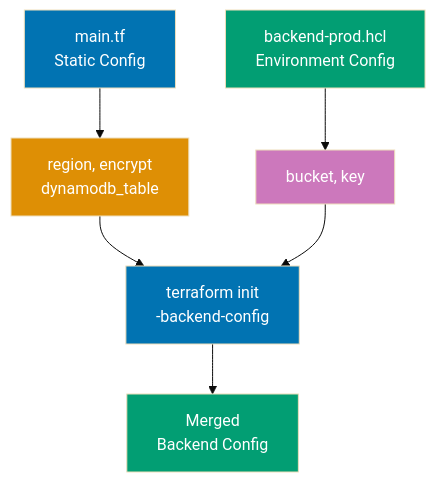
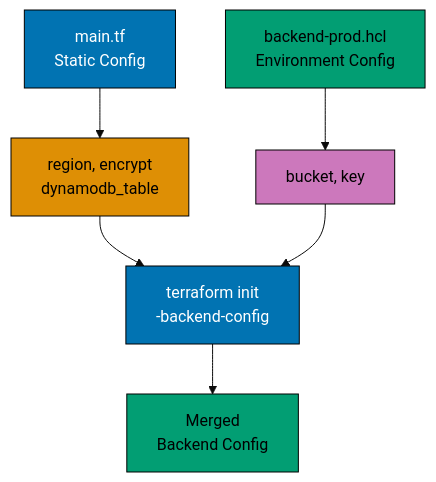
One commit to wahidyankf/ose-public changed the fifth of 11 diagrams in apps/ayokoding-www/content/en/learn/legacy/software-engineering/infrastructure/tools/terraform/by-example/intermediate.md. Above: the diagram before and after it, drawn with Mermaid (base theme). The commit also changed other lines of this file and 131 other files, not shown here.

First line of the commit message:
fix(mermaid): bring the legacy data, infrastructure, and testing diagrams onto the accessible palette

````diff
--- a/apps/ayokoding-www/content/en/learn/legacy/software-engineering/infrastructure/tools/terraform/by-example/intermediate.md
+++ b/apps/ayokoding-www/content/en/learn/legacy/software-engineering/infrastructure/tools/terraform/by-example/intermediate.md
@@ -1233,16 +1262,23 @@
 ```mermaid
 %% Color Palette: Blue #0173B2, Orange #DE8F05, Teal #029E73, Purple #CC78BC
 graph TD
+ accTitle: Example 38: Backend Configuration with Partial Config
+ accDescr: Graph with 6 nodes and 5 connections. Nodes: main.tf Static Config, region, encrypt dynamodb_table, backend-prod.hcl Environment Config, bucket, key, terraform init -backend-config, Merged Backend Config. Connections: main.tf Static Config to region, encrypt dynamodb_table, backend-prod.hcl Environment Config to bucket, key, region, encrypt dynamodb_table to terraform init -backend-config, bucket, key to terraform init -backend-config, terraform init -backend-config to Merged Backend Config.
  A["main.tf<br/>Static Config"] --> B["region, encrypt<br/>dynamodb_table"]
  C["backend-prod.hcl<br/>Environment Config"] --> D["bucket, key"]
  B --> E["terraform init<br/>-backend-config"]
  D --> E
  E --> F["Merged<br/>Backend Config"]
 
- style A fill:#0173B2,color:#fff
- style B fill:#DE8F05,color:#fff
- style C fill:#029E73,color:#fff
- style D fill:#CC78BC,color:#fff
- style E fill:#0173B2,color:#fff
- style F fill:#029E73,color:#fff
+ classDef pal-0173B2 fill:#0173B2,stroke:#000000,color:#FFFFFF
+ class A pal-0173B2
+ classDef pal-DE8F05 fill:#DE8F05,stroke:#000000,color:#000000
+ class B pal-DE8F05
+ classDef pal-029E73 fill:#029E73,stroke:#000000,color:#000000
+ class C pal-029E73
+ classDef pal-CC78BC fill:#CC78BC,stroke:#000000,color:#000000
+ class D pal-CC78BC
+ class E pal-0173B2
+ class F pal-029E73
+ classDef default fill:#FFFFFF,stroke:#000000,color:#000000
 ```
````
